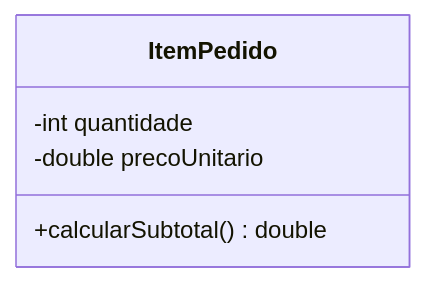
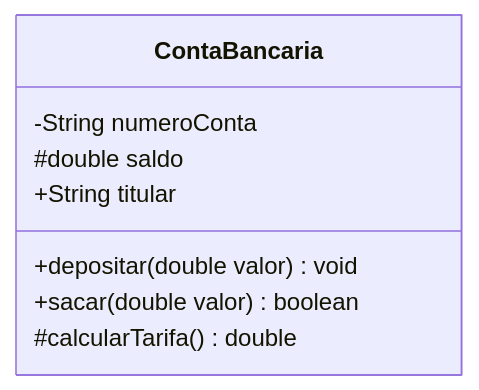
One commit to murilolol/unifef changed diagram 11 of 24 in 4º Semestre/[Prof. Wesley Soares] Engenharia de Software II/Resumos-IA/Simulados-Comentados.md. Above: the diagram before and after it, drawn with Mermaid. The commit also changed other lines of this file and 58 other files, not shown here.

````diff
--- a/4º Semestre/[Prof. Wesley Soares] Engenharia de Software II/Resumos-IA/Simulados-Comentados.md
+++ b/4º Semestre/[Prof. Wesley Soares] Engenharia de Software II/Resumos-IA/Simulados-Comentados.md
@@ -772,8 +432,11 @@
 ```mermaid
 classDiagram
-    class ItemPedido {
-        -int quantidade
-        -double precoUnitario
-        +calcularSubtotal() double
+    class ContaBancaria {
+        -String numeroConta
+        #double saldo
+        +String titular
+        +depositar(double valor) void
+        +sacar(double valor) boolean
+        #calcularTarifa() double
     }
 ```
````
